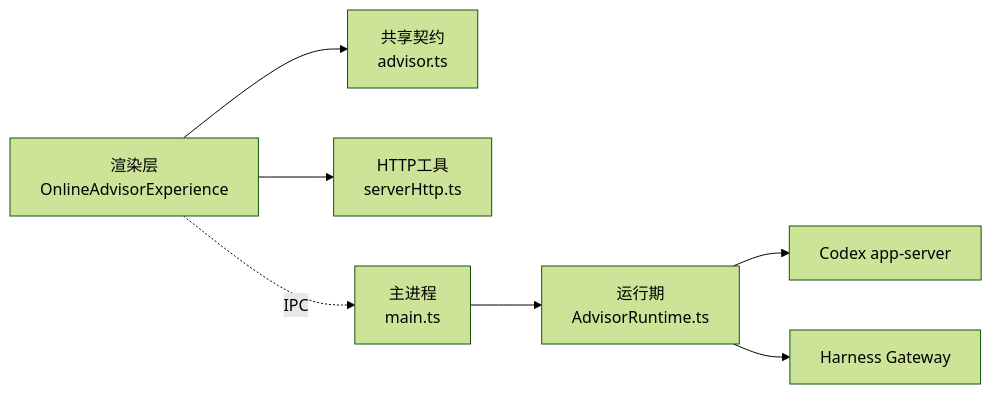
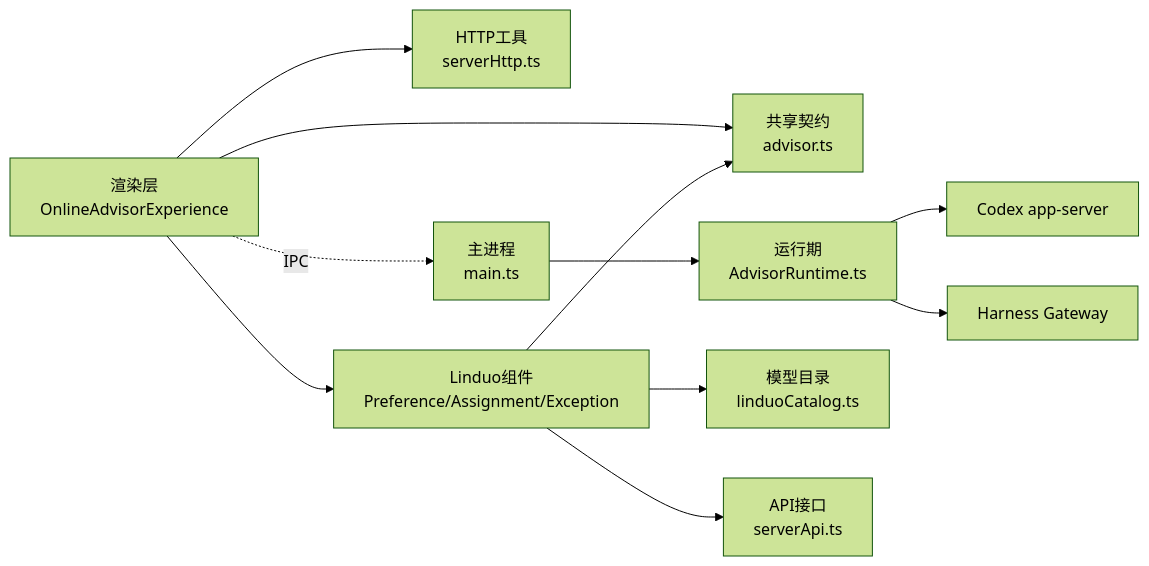
One commit to iljahofbauer219-lang/yandu changed the fourth of 4 diagrams in .qoder/repowiki/zh/content/用户界面组件/在线AI参谋体验界面.md. Above: the diagram before and after it, drawn with Mermaid (forest theme). The commit also changed other lines of this file and 340 other files, not shown here.

````diff
--- a/.qoder/repowiki/zh/content/用户界面组件/在线AI参谋体验界面.md
+++ b/.qoder/repowiki/zh/content/用户界面组件/在线AI参谋体验界面.md
@@ -393,9 +533,13 @@
 ```mermaid
 graph LR
 FE["渲染层<br/>OnlineAdvisorExperience"] --> SHARED["共享契约<br/>advisor.ts"]
 FE --> HTTP["HTTP工具<br/>serverHttp.ts"]
 FE -.IPC.-> MAIN["主进程<br/>main.ts"]
 MAIN --> RT["运行期<br/>AdvisorRuntime.ts"]
 RT --> AS["Codex app-server"]
 RT --> HG["Harness Gateway"]
+FE --> LINDUO["Linduo组件<br/>Preference/Assignment/Exception"]
+LINDUO --> SHARED
+LINDUO --> CATALOG["模型目录<br/>linduoCatalog.ts"]
+LINDUO --> API["API接口<br/>serverApi.ts"]
 ```
````
